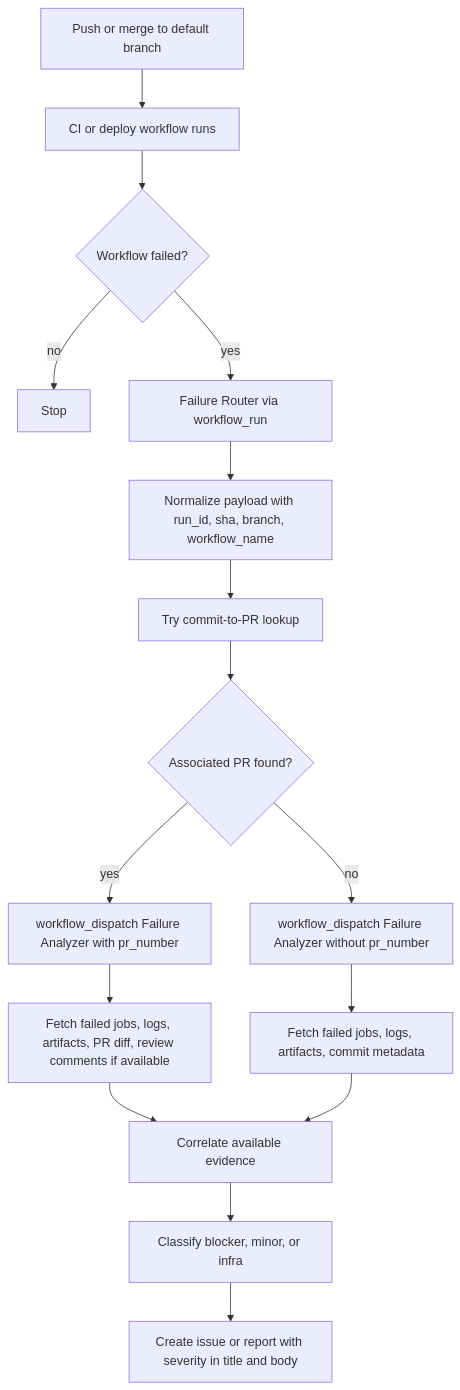
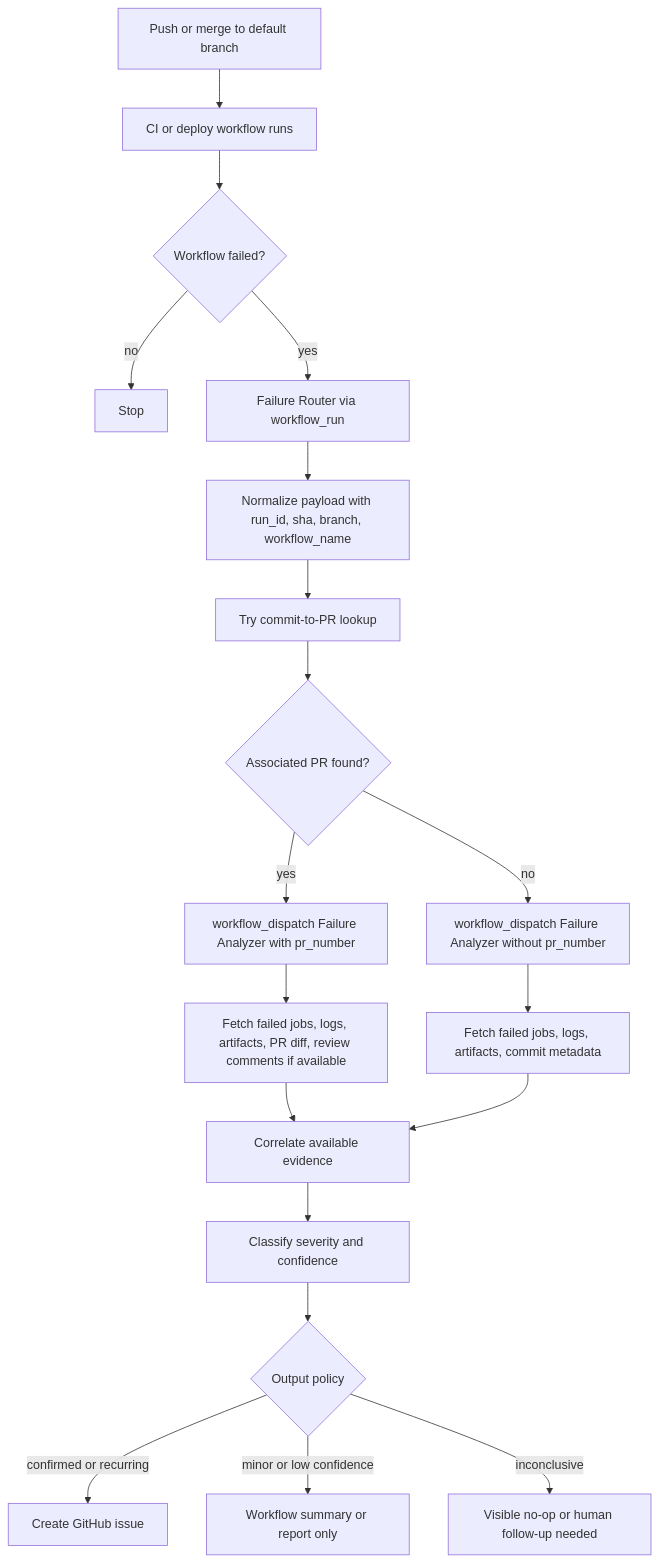
Before and after one commit to Amitro1234/vibe-coding-agents-workflow: the second of 2 diagrams in README.md, drawn with Mermaid. The commit also changed other lines of this file and 2 other files, not shown here.

Commit message:
docs(template): finalize generic CI failure analysis policy

````diff
--- a/README.md
+++ b/README.md
@@ -48,18 +54,21 @@
 ```mermaid
 flowchart TD
     A[Push or merge to default branch] --> B[CI or deploy workflow runs]
     B --> C{Workflow failed?}
     C -- no --> D[Stop]
     C -- yes --> E[Failure Router via workflow_run]
     E --> F[Normalize payload with run_id, sha, branch, workflow_name]
     F --> G[Try commit-to-PR lookup]
     G --> H{Associated PR found?}
     H -- yes --> I[workflow_dispatch Failure Analyzer with pr_number]
     H -- no --> J[workflow_dispatch Failure Analyzer without pr_number]
     I --> K[Fetch failed jobs, logs, artifacts, PR diff, review comments if available]
     J --> L[Fetch failed jobs, logs, artifacts, commit metadata]
     K --> M[Correlate available evidence]
     L --> M
-    M --> N[Classify blocker, minor, or infra]
-    N --> O[Create issue or report with severity in title and body]
+    M --> N[Classify severity and confidence]
+    N --> O{Output policy}
+    O -- confirmed or recurring --> P[Create GitHub issue]
+    O -- minor or low confidence --> Q[Workflow summary or report only]
+    O -- inconclusive --> R[Visible no-op or human follow-up needed]
 ```
````
